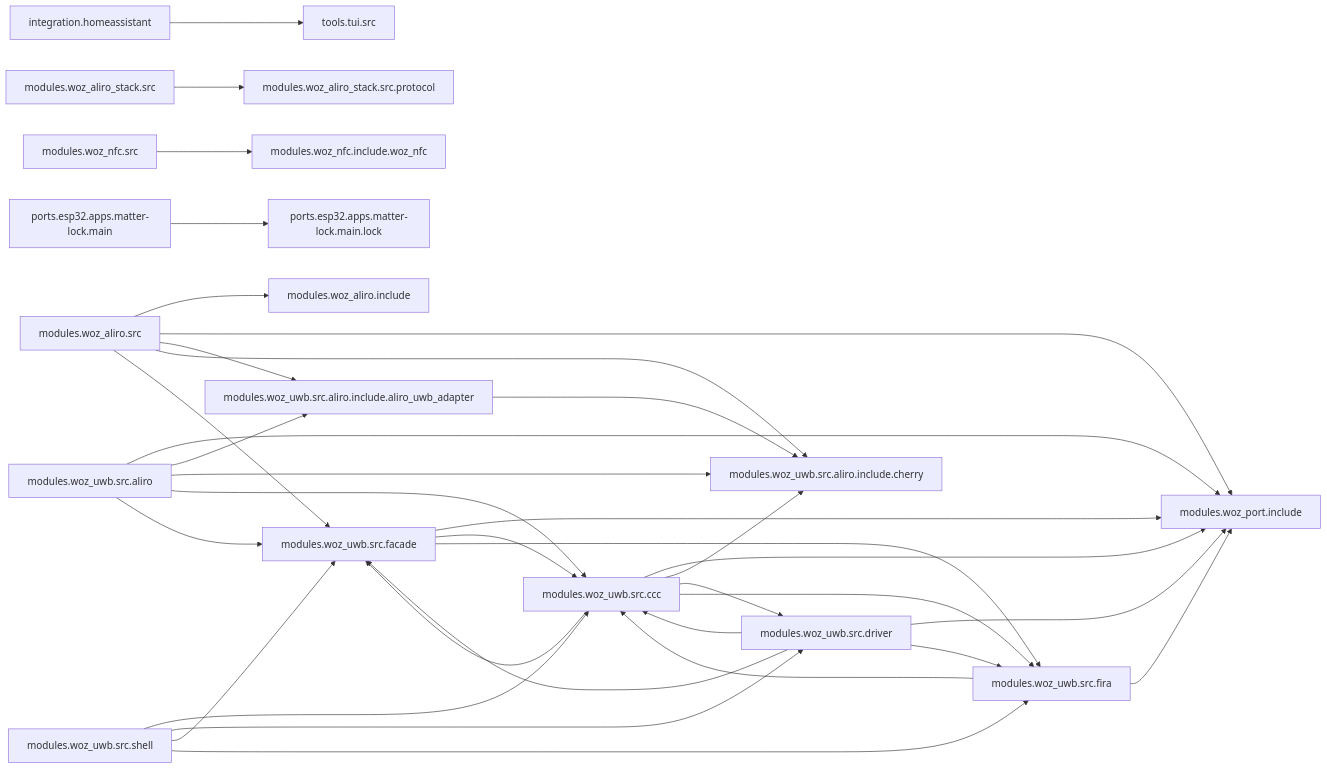
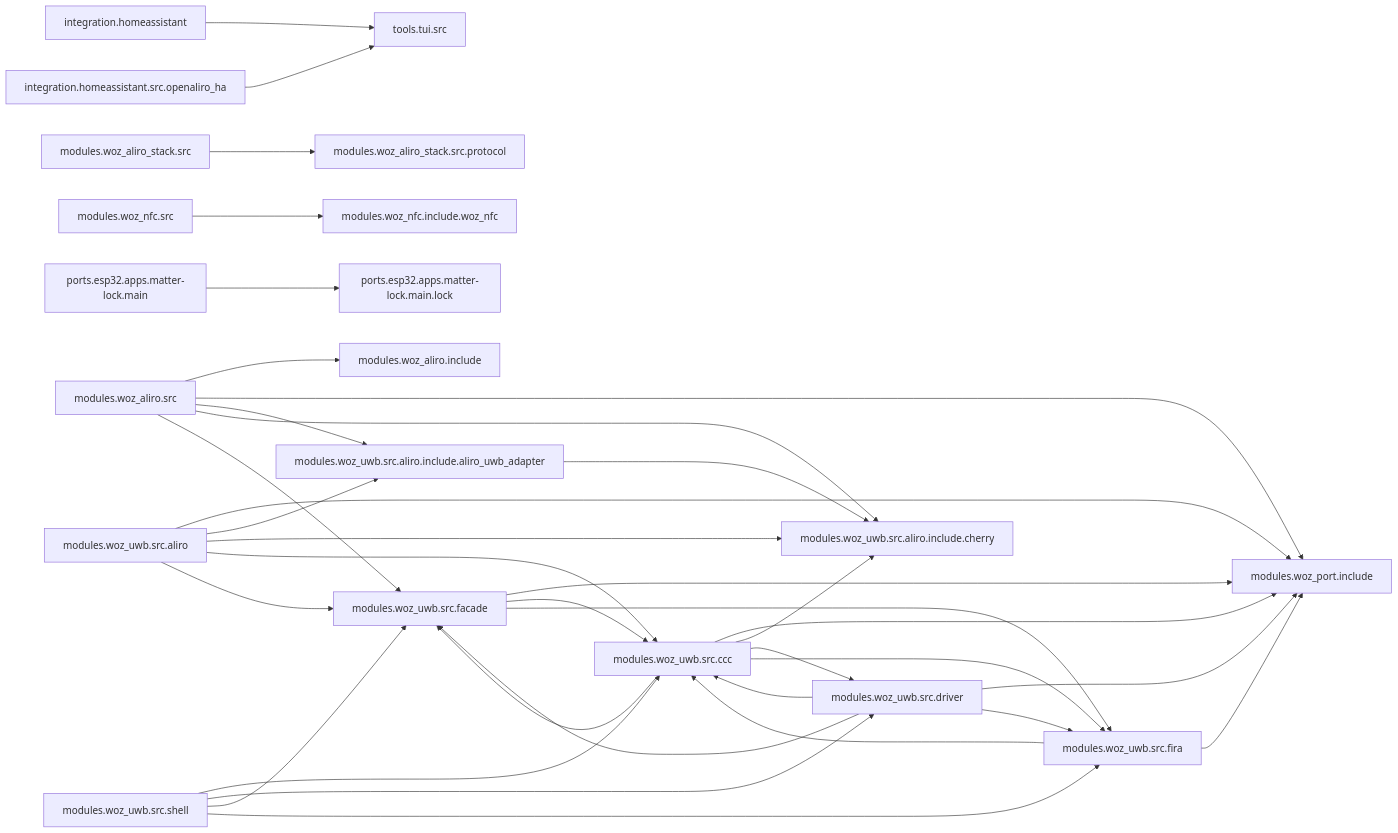
Before and after one commit to jonathan-shc/UWB: the diagram in docs/ARCHITECTURE.md, drawn with Mermaid. The commit also changed other lines of this file and 7 other files, not shown here.

````diff
--- a/docs/ARCHITECTURE.md
+++ b/docs/ARCHITECTURE.md
@@ -6,36 +6,37 @@
 ```mermaid
 flowchart LR
   integration.homeassistant --> tools.tui.src
+  integration.homeassistant.src.openaliro_ha --> tools.tui.src
   modules.woz_aliro.src --> modules.woz_aliro.include
   modules.woz_aliro.src --> modules.woz_port.include
   modules.woz_aliro.src --> modules.woz_uwb.src.aliro.include.aliro_uwb_adapter
   modules.woz_aliro.src --> modules.woz_uwb.src.aliro.include.cherry
   modules.woz_aliro.src --> modules.woz_uwb.src.facade
   modules.woz_aliro_stack.src --> modules.woz_aliro_stack.src.protocol
   modules.woz_nfc.src --> modules.woz_nfc.include.woz_nfc
   modules.woz_uwb.src.aliro --> modules.woz_port.include
   modules.woz_uwb.src.aliro --> modules.woz_uwb.src.aliro.include.aliro_uwb_adapter
   modules.woz_uwb.src.aliro --> modules.woz_uwb.src.aliro.include.cherry
   modules.woz_uwb.src.aliro --> modules.woz_uwb.src.ccc
   modules.woz_uwb.src.aliro --> modules.woz_uwb.src.facade
   modules.woz_uwb.src.aliro.include.aliro_uwb_adapter --> modules.woz_uwb.src.aliro.include.cherry
   modules.woz_uwb.src.ccc --> modules.woz_port.include
   modules.woz_uwb.src.ccc --> modules.woz_uwb.src.aliro.include.cherry
   modules.woz_uwb.src.ccc --> modules.woz_uwb.src.driver
   modules.woz_uwb.src.ccc --> modules.woz_uwb.src.facade
   modules.woz_uwb.src.ccc --> modules.woz_uwb.src.fira
   modules.woz_uwb.src.driver --> modules.woz_port.include
   modules.woz_uwb.src.driver --> modules.woz_uwb.src.ccc
   modules.woz_uwb.src.driver --> modules.woz_uwb.src.facade
   modules.woz_uwb.src.driver --> modules.woz_uwb.src.fira
   modules.woz_uwb.src.facade --> modules.woz_port.include
   modules.woz_uwb.src.facade --> modules.woz_uwb.src.ccc
   modules.woz_uwb.src.facade --> modules.woz_uwb.src.fira
   modules.woz_uwb.src.fira --> modules.woz_port.include
   modules.woz_uwb.src.fira --> modules.woz_uwb.src.ccc
   modules.woz_uwb.src.shell --> modules.woz_uwb.src.ccc
   modules.woz_uwb.src.shell --> modules.woz_uwb.src.driver
   modules.woz_uwb.src.shell --> modules.woz_uwb.src.facade
   modules.woz_uwb.src.shell --> modules.woz_uwb.src.fira
   ports.esp32.apps.matter-lock.main --> ports.esp32.apps.matter-lock.main.lock
 ```
````
